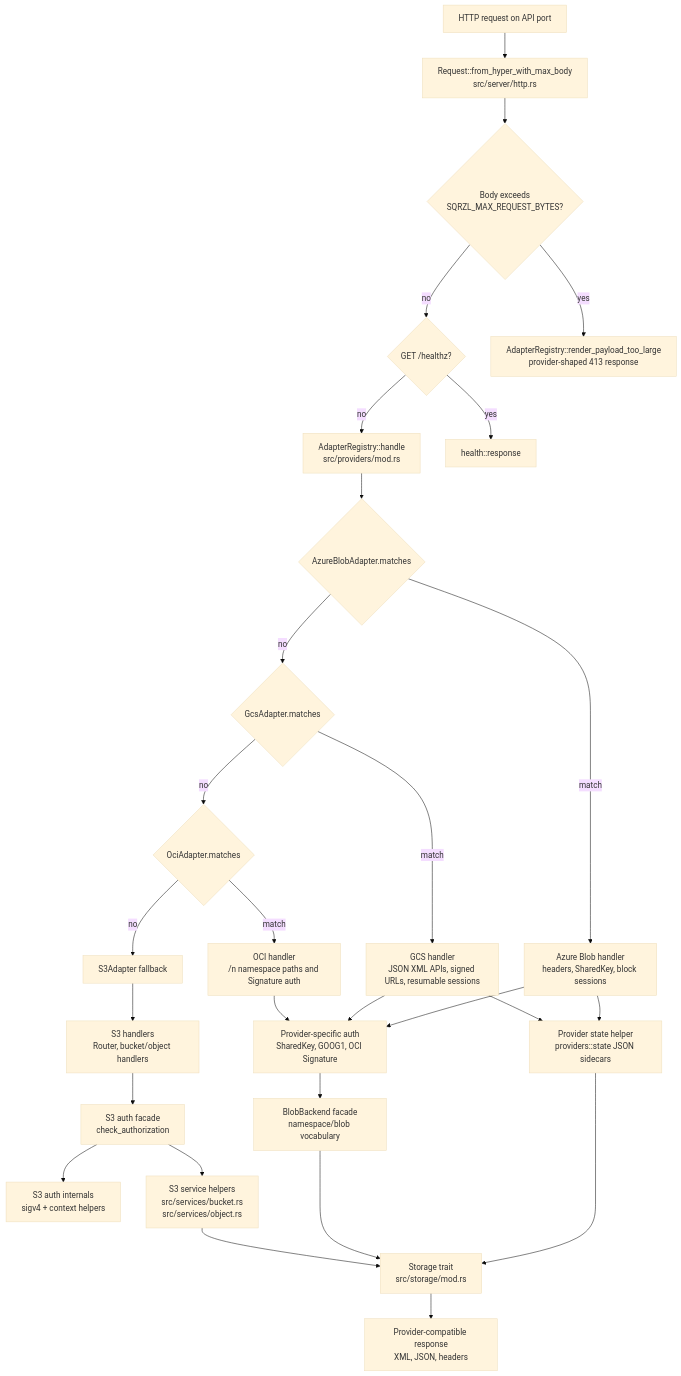
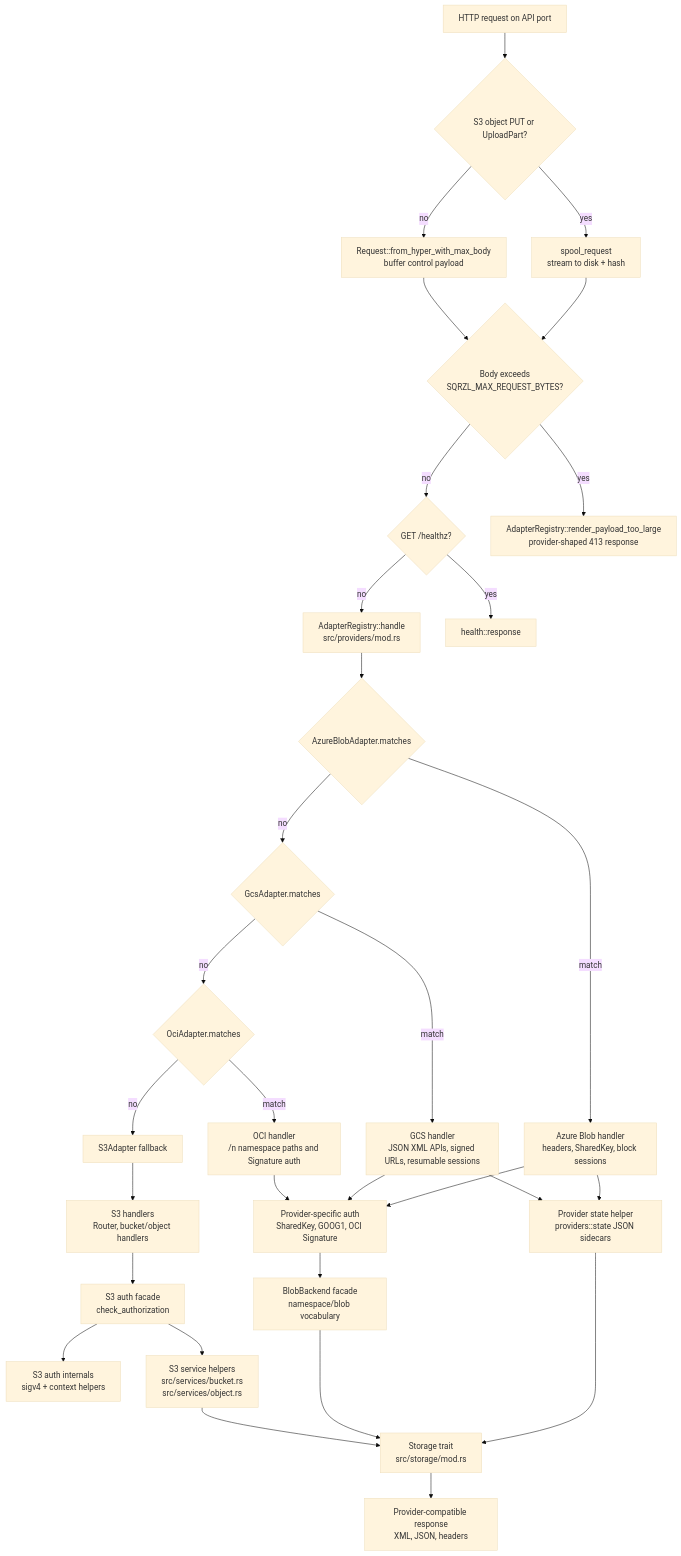
The third of 11 diagrams in docs/architecture.md (sqrzl/sqrzl-emulator), drawn with Mermaid (base theme) before and after one commit. The commit also changed 34 other files, not shown here.

First line of the commit message:
Stream large S3 uploads and paginate object listings (#10)

````diff
--- a/docs/architecture.md
+++ b/docs/architecture.md
@@ -79,56 +79,61 @@
 ```mermaid
 flowchart TD
     Request["HTTP request on API port"]
-    Parse["Request::from_hyper_with_max_body<br/>src/server/http.rs"]
+    Streamable{"S3 object PUT or UploadPart?"}
+    Stream["spool_request<br/>stream to disk + hash"]
+    Parse["Request::from_hyper_with_max_body<br/>buffer control payload"]
     BodyLimit{"Body exceeds<br/>SQRZL_MAX_REQUEST_BYTES?"}
     Health{"GET /healthz?"}
     Registry["AdapterRegistry::handle<br/>src/providers/mod.rs"]
     Azure{"AzureBlobAdapter.matches"}
     GCS{"GcsAdapter.matches"}
     OCI{"OciAdapter.matches"}
     S3["S3Adapter fallback"]
 
     AzureHandle["Azure Blob handler<br/>headers, SharedKey, block sessions"]
     GcsHandle["GCS handler<br/>JSON XML APIs, signed URLs, resumable sessions"]
     OciHandle["OCI handler<br/>/n namespace paths and Signature auth"]
     S3Handle["S3 handlers<br/>Router, bucket/object handlers"]
 
     ProviderAuth["Provider-specific auth<br/>SharedKey, GOOG1, OCI Signature"]
     S3Auth["S3 auth facade<br/>check_authorization"]
     S3SigV4["S3 auth internals<br/>sigv4 + context helpers"]
     ProviderStateHelper["Provider state helper<br/>providers::state JSON sidecars"]
     BlobBackend["BlobBackend facade<br/>namespace/blob vocabulary"]
     Services["S3 service helpers<br/>src/services/bucket.rs<br/>src/services/object.rs"]
     Storage["Storage trait<br/>src/storage/mod.rs"]
     Response["Provider-compatible response<br/>XML, JSON, headers"]
     TooLarge["AdapterRegistry::render_payload_too_large<br/>provider-shaped 413 response"]
     HealthResponse["health::response"]
 
-    Request --> Parse
+    Request --> Streamable
+    Streamable -- yes --> Stream
+    Streamable -- no --> Parse
+    Stream --> BodyLimit
     Parse --> BodyLimit
     BodyLimit -- yes --> TooLarge
     BodyLimit -- no --> Health
     Health -- yes --> HealthResponse
     Health -- no --> Registry
     Registry --> Azure
     Azure -- match --> AzureHandle
     Azure -- no --> GCS
     GCS -- match --> GcsHandle
     GCS -- no --> OCI
     OCI -- match --> OciHandle
     OCI -- no --> S3
     S3 --> S3Handle
 
     AzureHandle --> ProviderAuth
     GcsHandle --> ProviderAuth
     OciHandle --> ProviderAuth
     AzureHandle --> ProviderStateHelper
     GcsHandle --> ProviderStateHelper
     S3Handle --> S3Auth --> S3SigV4
     ProviderAuth --> BlobBackend
     S3Auth --> Services
     ProviderStateHelper --> Storage
     BlobBackend --> Storage
     Services --> Storage
     Storage --> Response
 ```
````
